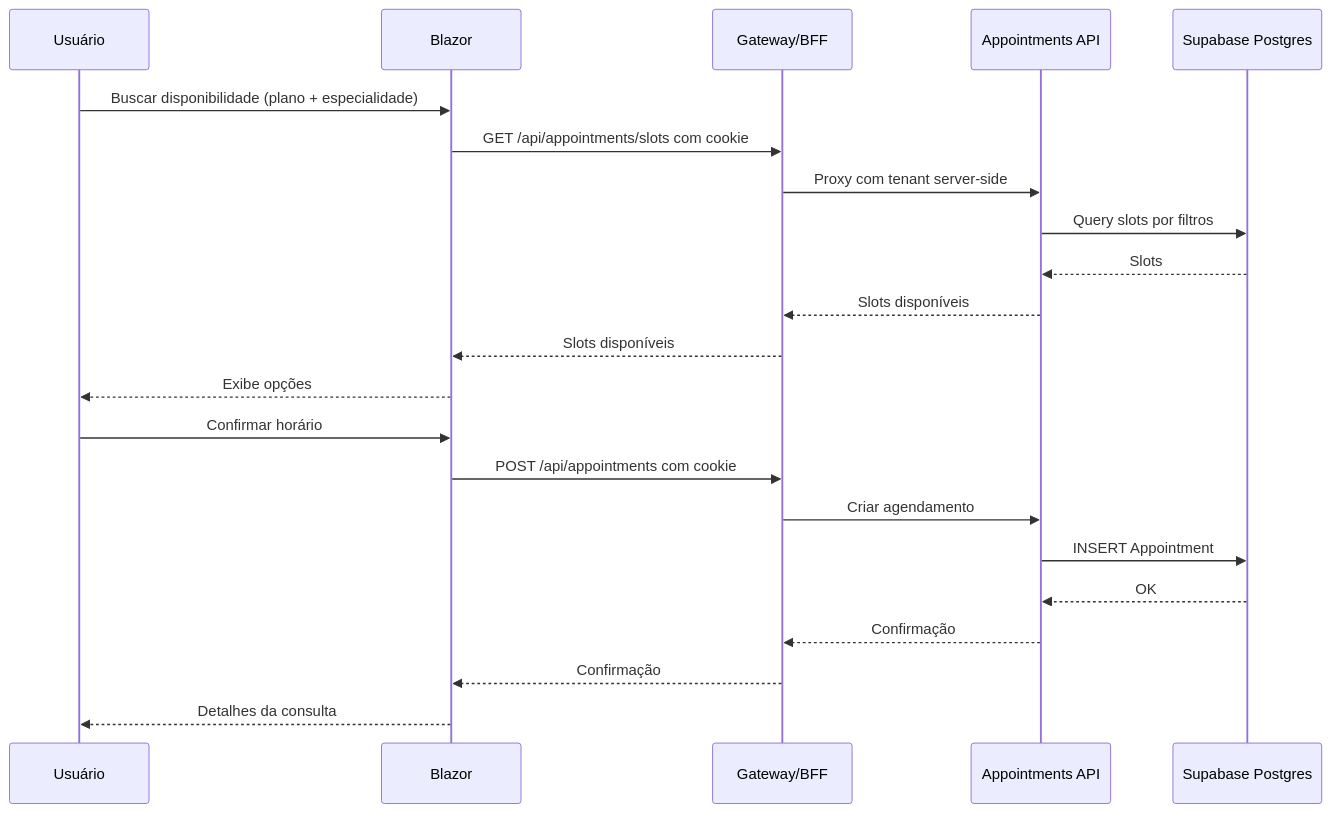
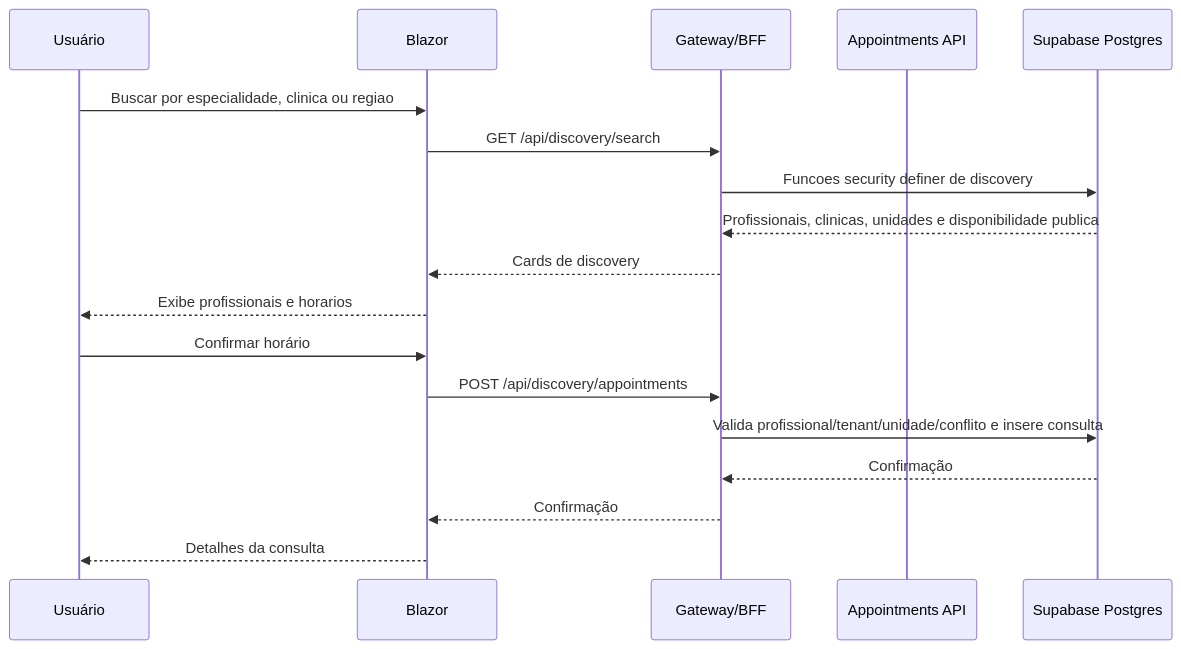
The second of 5 diagrams in README.md (coutinhogui/HealthTech), drawn with Mermaid before and after one commit. The commit also changed other lines of this file and 230 other files, not shown here.

````diff
--- a/README.md
+++ b/README.md
@@ -134,25 +158,21 @@
 ```mermaid
 sequenceDiagram
   participant U as Usuário
   participant F as Blazor
   participant G as Gateway/BFF
   participant S as Appointments API
   participant DB as Supabase Postgres
 
-  U->>F: Buscar disponibilidade (plano + especialidade)
-  F->>G: GET /api/appointments/slots com cookie
-  G->>S: Proxy com tenant server-side
-  S->>DB: Query slots por filtros
-  DB-->>S: Slots
-  S-->>G: Slots disponíveis
-  G-->>F: Slots disponíveis
-  F-->>U: Exibe opções
+  U->>F: Buscar por especialidade, clinica ou regiao
+  F->>G: GET /api/discovery/search
+  G->>DB: Funcoes security definer de discovery
+  DB-->>G: Profissionais, clinicas, unidades e disponibilidade publica
+  G-->>F: Cards de discovery
+  F-->>U: Exibe profissionais e horarios
   U->>F: Confirmar horário
-  F->>G: POST /api/appointments com cookie
-  G->>S: Criar agendamento
-  S->>DB: INSERT Appointment
-  DB-->>S: OK
-  S-->>G: Confirmação
+  F->>G: POST /api/discovery/appointments
+  G->>DB: Valida profissional/tenant/unidade/conflito e insere consulta
+  DB-->>G: Confirmação
   G-->>F: Confirmação
   F-->>U: Detalhes da consulta
 ```
````
